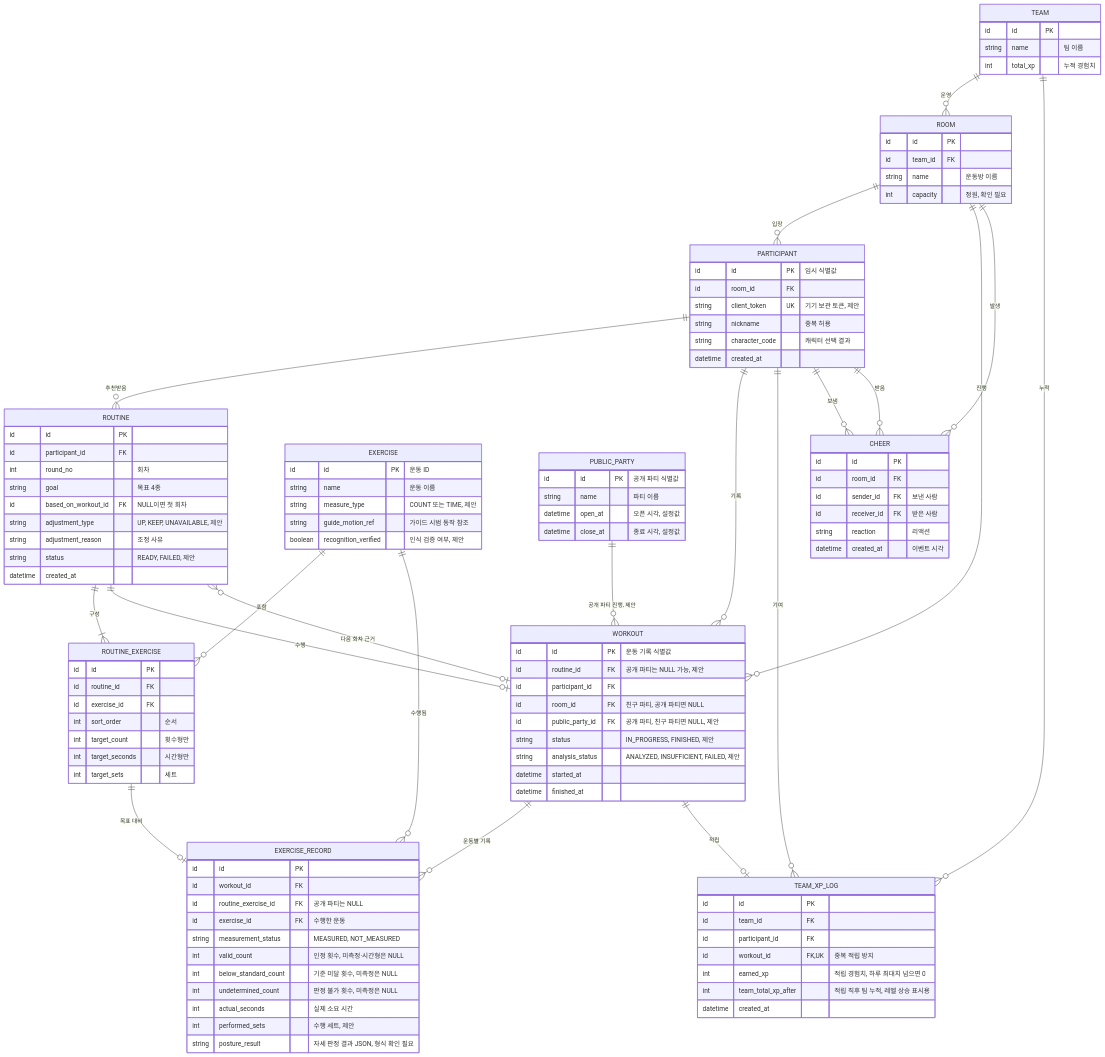
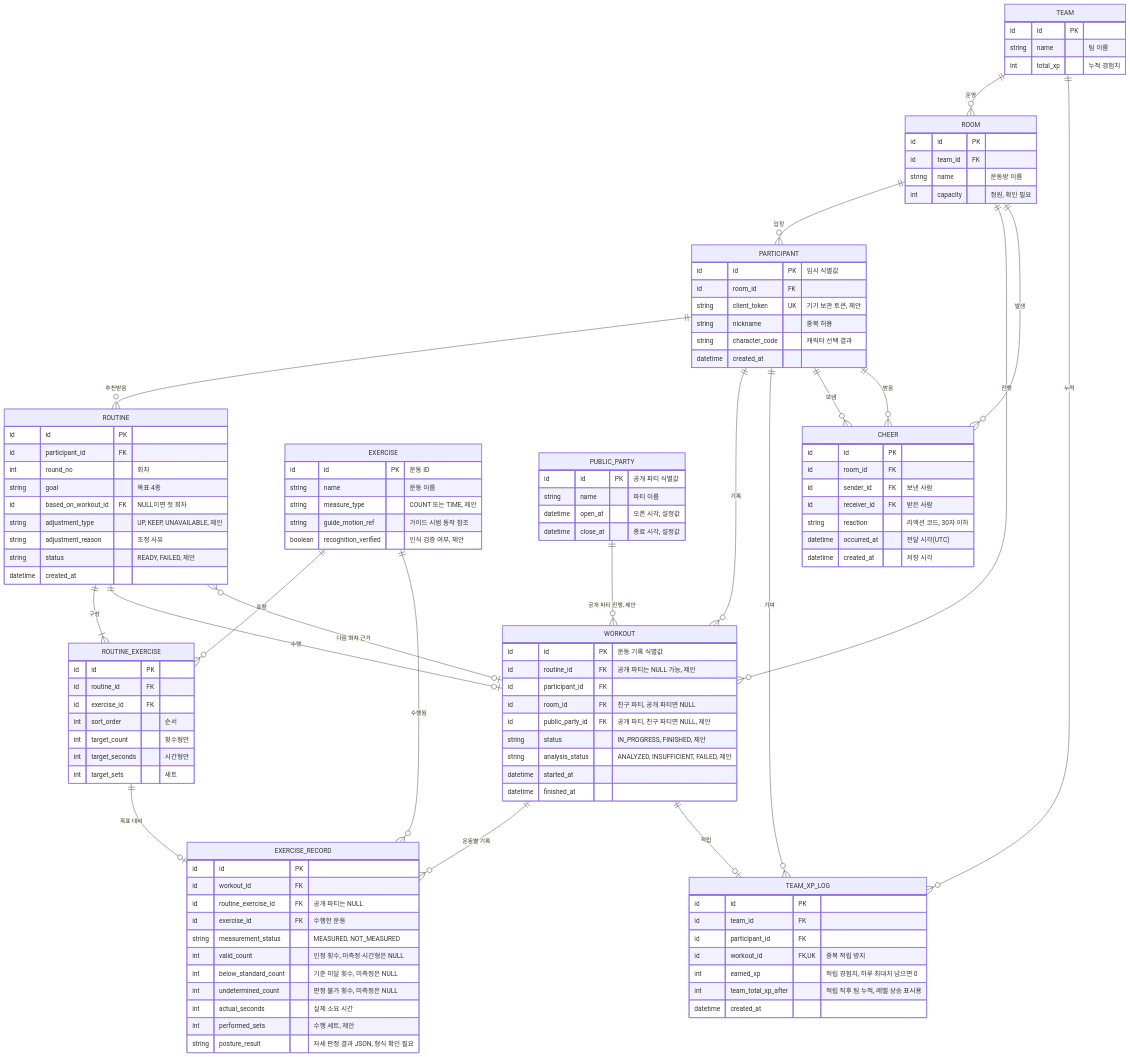
Before and after one commit to 20thTeam/fitmate-be: the diagram in docs/ERD.md, drawn with Mermaid. The commit also changed other lines of this file, not shown here.

Commit message:
[Docs/#6] Docs: ERD 응원 테이블에 전달 시각과 저장 규칙 추가

````diff
--- a/docs/ERD.md
+++ b/docs/ERD.md
@@ -114,7 +114,8 @@
         id room_id FK
         id sender_id FK "보낸 사람"
         id receiver_id FK "받은 사람"
-        string reaction "리액션"
-        datetime created_at "이벤트 시각"
+        string reaction "리액션 코드, 30자 이하"
+        datetime occurred_at "전달 시각(UTC)"
+        datetime created_at "저장 시각"
     }
 ```
````
